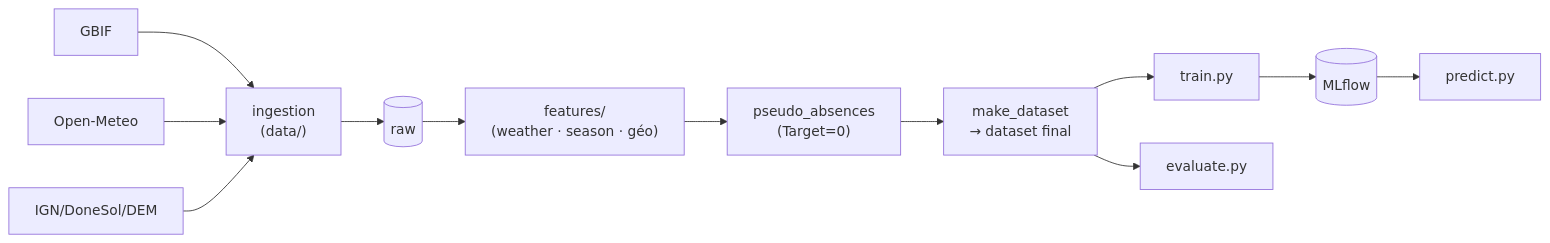
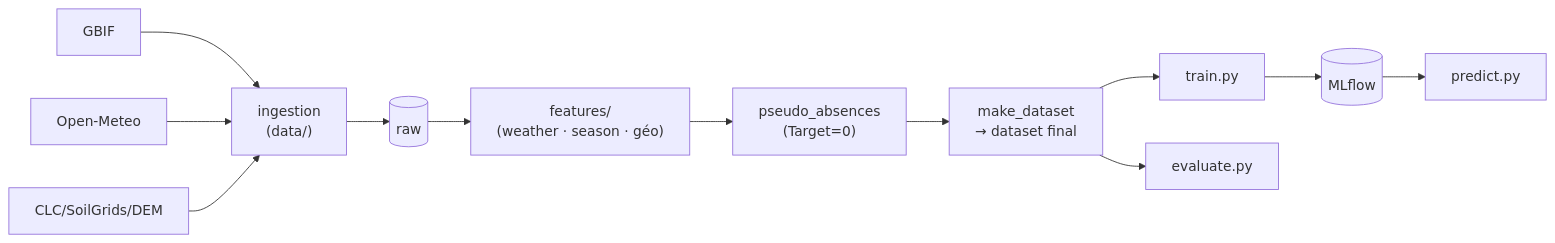
The second of 3 diagrams in reports/architecture.md (Apinsun/ChampiQuest), drawn with Mermaid before and after one commit. The commit also changed other lines of this file and 12 other files, not shown here.

````diff
--- a/reports/architecture.md
+++ b/reports/architecture.md
@@ -101,14 +101,14 @@
 ```mermaid
 flowchart LR
     GBIF["GBIF"] --> ING["ingestion<br/>(data/)"]
     OM["Open-Meteo"] --> ING
-    ENV["IGN/DoneSol/DEM"] --> ING
+    ENV["CLC/SoilGrids/DEM"] --> ING
     ING --> RAW[("raw")]
     RAW --> FEAT["features/<br/>(weather · season · géo)"]
     FEAT --> PA["pseudo_absences<br/>(Target=0)"]
     PA --> DS["make_dataset<br/>→ dataset final"]
     DS --> TRAIN["train.py"]
     DS --> EVAL["evaluate.py"]
     TRAIN --> MLF[("MLflow")]
     MLF --> PRED["predict.py"]
 ```
````
